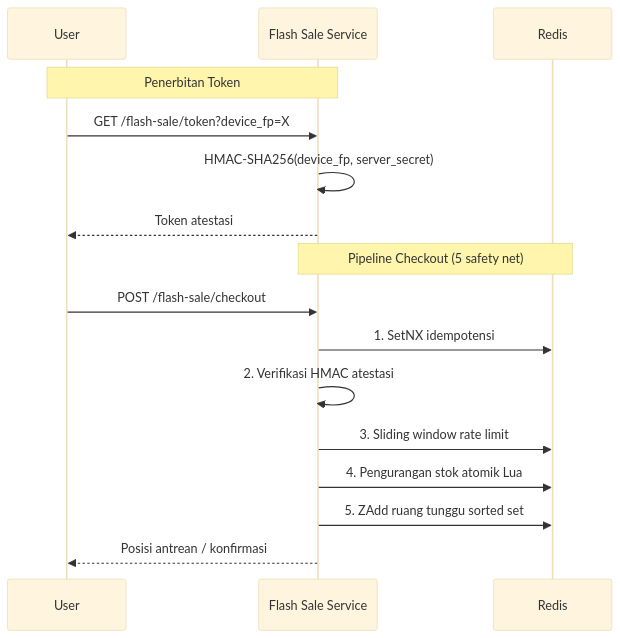
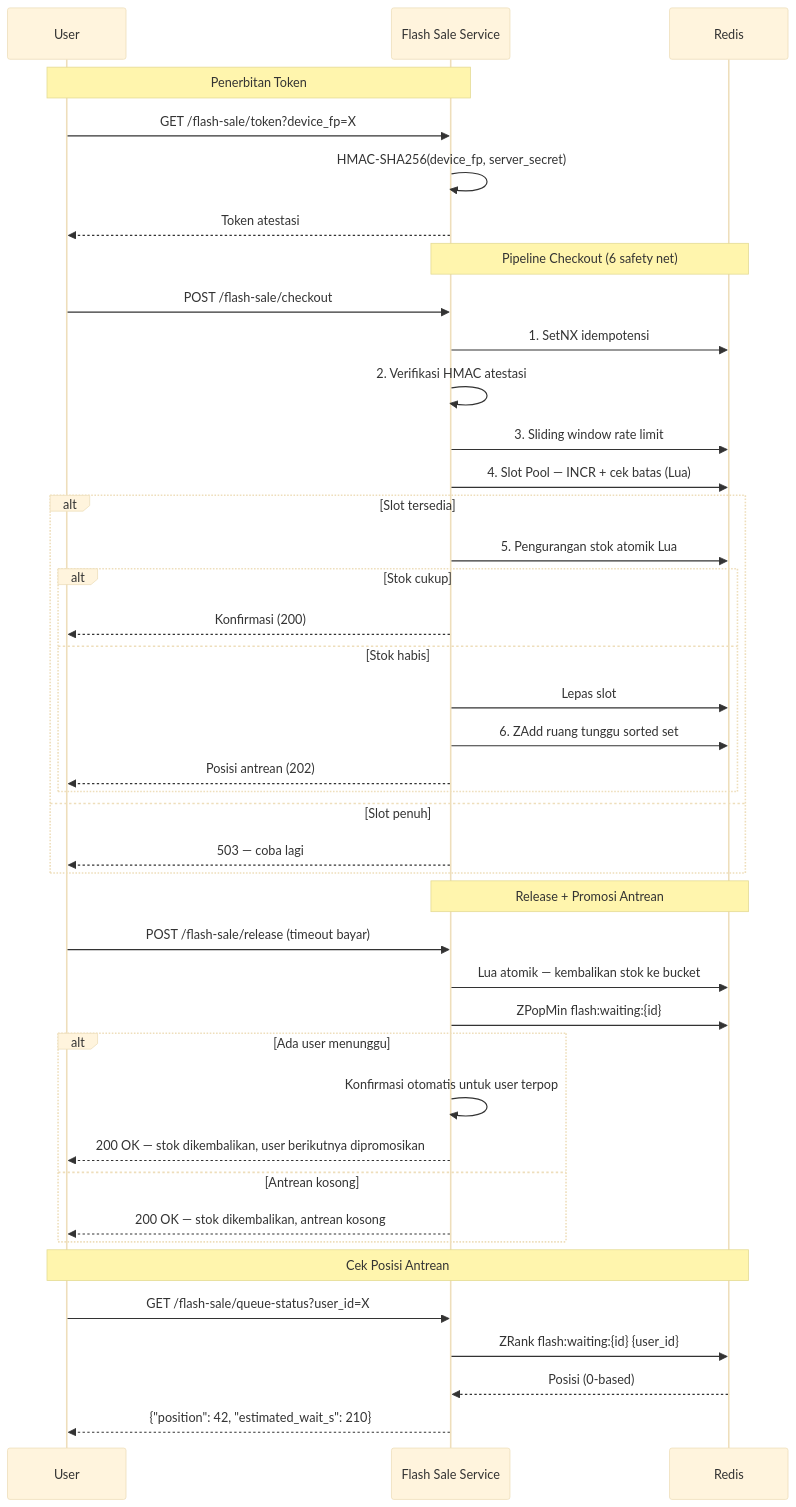
The first of 4 diagrams in book/id/08-qcommerce/flash-sale.md (faisalaffan/faisalaffan-design-system), drawn with Mermaid before and after one commit. The commit also changed other lines of this file and 5 other files, not shown here.

First line of the commit message:
feat(flash-sale): Slot Pool Semaphore — safety net #6

````diff
--- a/book/id/08-qcommerce/flash-sale.md
+++ b/book/id/08-qcommerce/flash-sale.md
@@ -15,21 +15,48 @@
 ```mermaid
 %%{init: {"theme": "base", "themeVariables": {"background": "#ffffff"}}}%%
 sequenceDiagram
     participant U as User
     participant FS as Flash Sale Service
     participant R as Redis
 
     Note over U,FS: Penerbitan Token
     U->>FS: GET /flash-sale/token?device_fp=X
     FS->>FS: HMAC-SHA256(device_fp, server_secret)
     FS-->>U: Token atestasi
 
-    Note over FS,R: Pipeline Checkout (5 safety net)
+    Note over FS,R: Pipeline Checkout (6 safety net)
     U->>FS: POST /flash-sale/checkout
     FS->>R: 1. SetNX idempotensi
     FS->>FS: 2. Verifikasi HMAC atestasi
     FS->>R: 3. Sliding window rate limit
-    FS->>R: 4. Pengurangan stok atomik Lua
-    FS->>R: 5. ZAdd ruang tunggu sorted set
-    FS-->>U: Posisi antrean / konfirmasi
+    FS->>R: 4. Slot Pool — INCR + cek batas (Lua)
+    alt Slot tersedia
+        FS->>R: 5. Pengurangan stok atomik Lua
+        alt Stok cukup
+            FS-->>U: Konfirmasi (200)
+        else Stok habis
+            FS->>R: Lepas slot
+            FS->>R: 6. ZAdd ruang tunggu sorted set
+            FS-->>U: Posisi antrean (202)
+        end
+    else Slot penuh
+        FS-->>U: 503 — coba lagi
+    end
+
+    Note over FS,R: Release + Promosi Antrean
+    U->>FS: POST /flash-sale/release (timeout bayar)
+    FS->>R: Lua atomik — kembalikan stok ke bucket
+    FS->>R: ZPopMin flash:waiting:{id}
+    alt Ada user menunggu
+        FS->>FS: Konfirmasi otomatis untuk user terpop
+        FS-->>U: 200 OK — stok dikembalikan, user berikutnya dipromosikan
+    else Antrean kosong
+        FS-->>U: 200 OK — stok dikembalikan, antrean kosong
+    end
+
+    Note over U,R: Cek Posisi Antrean
+    U->>FS: GET /flash-sale/queue-status?user_id=X
+    FS->>R: ZRank flash:waiting:{id} {user_id}
+    R-->>FS: Posisi (0-based)
+    FS-->>U: {"position": 42, "estimated_wait_s": 210}
 ```
````
